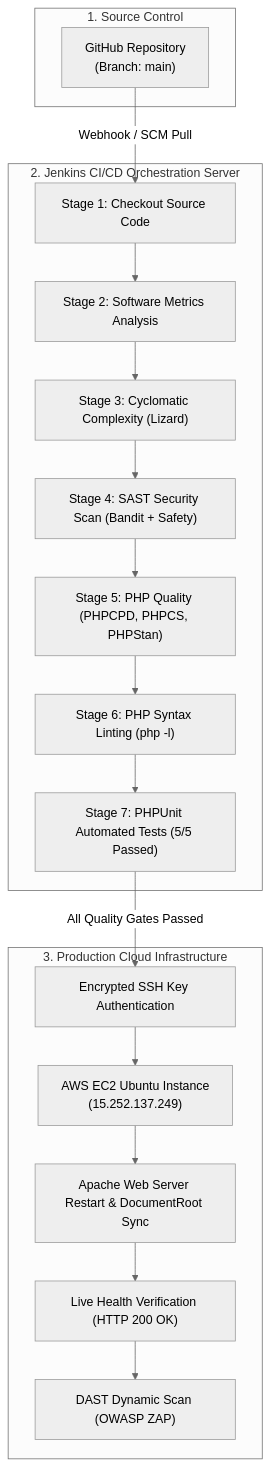
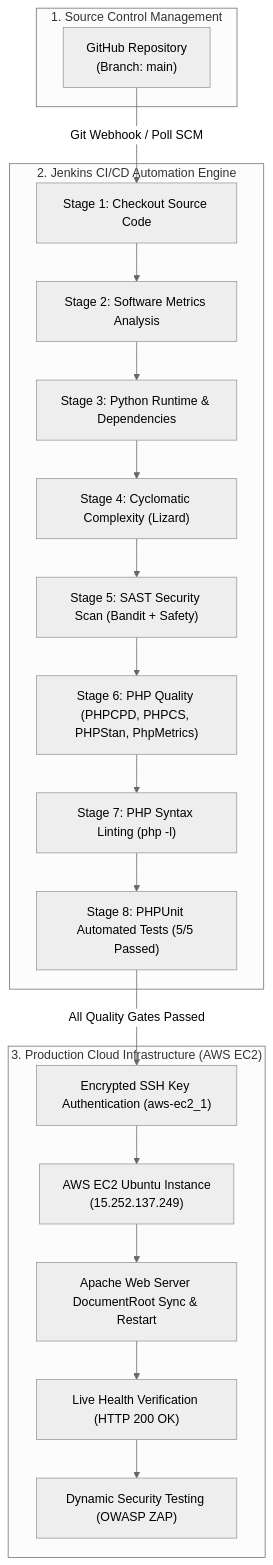
One commit to vigneshwaran21-vicky/CineSphere_project-SW-metrics changed the diagram in Jenkins_CICD_Seminar_Documentation.md. Above: the diagram before and after it, drawn with Mermaid (neutral theme). The commit also changed other lines of this file, not shown here.

Commit message:
docs: enrich seminar documentation with detailed technical breakdown of each stage

````diff
--- a/Jenkins_CICD_Seminar_Documentation.md
+++ b/Jenkins_CICD_Seminar_Documentation.md
@@ -32,37 +33,39 @@
 ```mermaid
 flowchart TD
-    subgraph SCM["1. Source Control"]
+    subgraph SCM["1. Source Control Management"]
         GH["GitHub Repository<br/>(Branch: main)"]
     end
 
-    subgraph JenkinsServer["2. Jenkins CI/CD Orchestration Server"]
+    subgraph JenkinsServer["2. Jenkins CI/CD Automation Engine"]
         CO["Stage 1: Checkout Source Code"]
         MET["Stage 2: Software Metrics Analysis"]
-        LIZ["Stage 3: Cyclomatic Complexity (Lizard)"]
-        SAST["Stage 4: SAST Security Scan (Bandit + Safety)"]
-        QUAL["Stage 5: PHP Quality (PHPCPD, PHPCS, PHPStan)"]
-        LINT["Stage 6: PHP Syntax Linting (php -l)"]
-        UNIT["Stage 7: PHPUnit Automated Tests (5/5 Passed)"]
+        PY["Stage 3: Python Runtime & Dependencies"]
+        LIZ["Stage 4: Cyclomatic Complexity (Lizard)"]
+        SAST["Stage 5: SAST Security Scan (Bandit + Safety)"]
+        QUAL["Stage 6: PHP Quality (PHPCPD, PHPCS, PHPStan, PhpMetrics)"]
+        LINT["Stage 7: PHP Syntax Linting (php -l)"]
+        UNIT["Stage 8: PHPUnit Automated Tests (5/5 Passed)"]
     end
 
-    subgraph CloudDeploy["3. Production Cloud Infrastructure"]
-        SSH["Encrypted SSH Key Authentication"]
+    subgraph CloudDeploy["3. Production Cloud Infrastructure (AWS EC2)"]
+        SSH["Encrypted SSH Key Authentication (aws-ec2_1)"]
         EC2["AWS EC2 Ubuntu Instance<br/>(15.252.137.249)"]
-        APACHE["Apache Web Server Restart & DocumentRoot Sync"]
+        APACHE["Apache Web Server DocumentRoot Sync & Restart"]
         HEALTH["Live Health Verification (HTTP 200 OK)"]
-        DAST["DAST Dynamic Scan (OWASP ZAP)"]
+        DAST["Dynamic Security Testing (OWASP ZAP)"]
     end
 
-    GH -->|Webhook / SCM Pull| CO
+    GH -->|Git Webhook / Poll SCM| CO
     CO --> MET
-    MET --> LIZ
+    MET --> PY
+    PY --> LIZ
     LIZ --> SAST
     SAST --> QUAL
     QUAL --> LINT
     LINT --> UNIT
     UNIT -->|All Quality Gates Passed| SSH
     SSH --> EC2
     EC2 --> APACHE
     APACHE --> HEALTH
     HEALTH --> DAST
 ```
````
